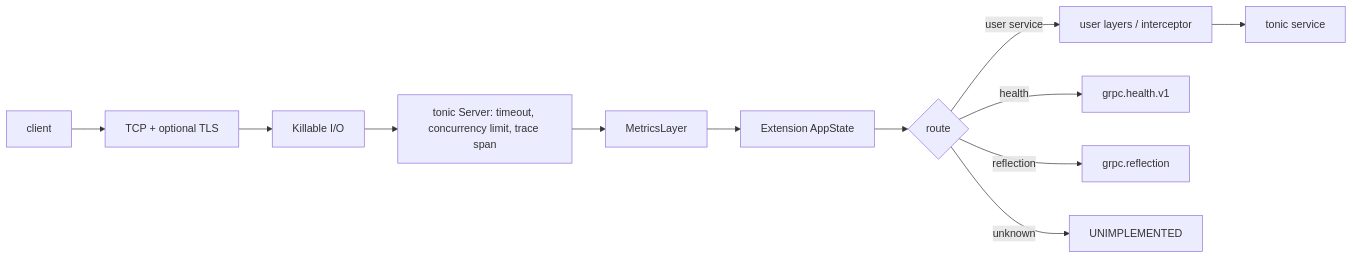
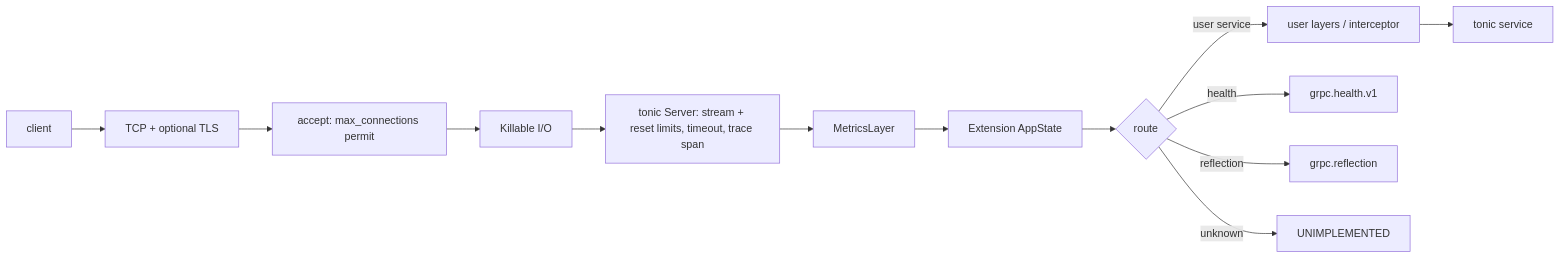
The second of 3 diagrams in docs/architecture.md (autumn-foundation/autumn-plugin-grpc), drawn with Mermaid before and after one commit. The commit also changed other lines of this file and 35 other files, not shown here.

````diff
--- a/docs/architecture.md
+++ b/docs/architecture.md
@@ -41,13 +42,15 @@
 ```mermaid
 flowchart LR
     C[client] --> T[TCP + optional TLS]
-    T --> K[Killable I/O]
-    K --> TS[tonic Server: timeout, concurrency limit, trace span]
+    K[Killable I/O]
+    T --> A[accept: max_connections permit]
+    A --> K
+    K --> TS[tonic Server: stream + reset limits, timeout, trace span]
     TS --> M[MetricsLayer]
     M --> E[Extension AppState]
     E --> R{route}
     R -->|user service| L[user layers / interceptor] --> U[tonic service]
     R -->|health| HS[grpc.health.v1]
     R -->|reflection| RS[grpc.reflection]
     R -->|unknown| F[UNIMPLEMENTED]
 ```
````
